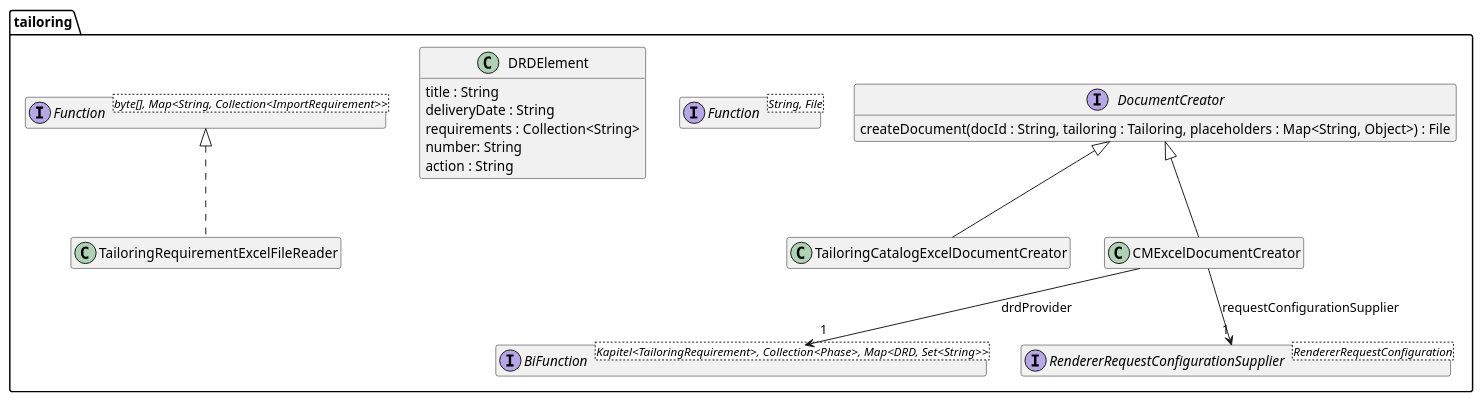
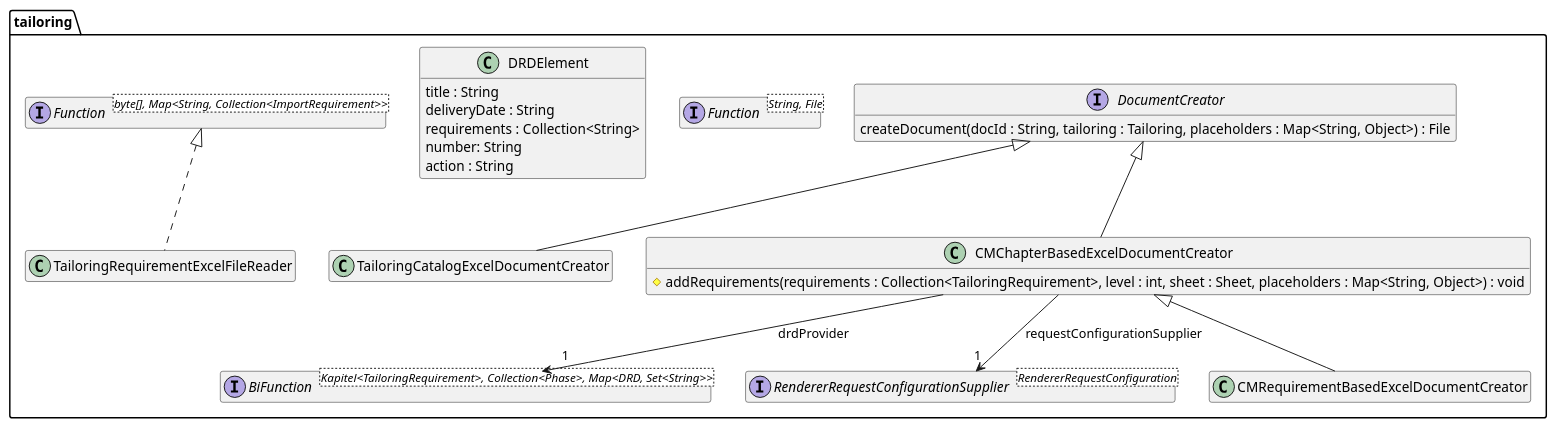
The diagram in src/site/arc42/plantuml/poi/tailoring/Ebene3.plantuml (tailoringexpert/platform), drawn with PlantUML before and after one commit. The commit also changed 2 other files, not shown here.

Commit message:
implement spreadsheet requirement cm creation

```diff
--- a/src/site/arc42/plantuml/poi/tailoring/Ebene3.plantuml
+++ b/src/site/arc42/plantuml/poi/tailoring/Ebene3.plantuml
@@ -1,44 +1,52 @@
 @startuml Ebene3.png
 hide empty members
 
 package tailoring {
 
     interface DocumentCreator {
         createDocument(docId : String, tailoring : Tailoring, placeholders : Map<String, Object>) : File
     }
 
     interface "BiFunction<Kapitel<TailoringRequirement>, Collection<Phase>, Map<DRD, Set<String>>>" as drdSupplier {
     }
 
     interface "Function<String, File>" as templateSupplier {
     }
 
     interface "RendererRequestConfigurationSupplier<RendererRequestConfiguration>" as RendererRequestConfigurationSupplier {
     }
 
     class TailoringCatalogExcelDocumentCreator {
     }
     DocumentCreator <|-- TailoringCatalogExcelDocumentCreator
 
-    class CMExcelDocumentCreator {
+    class CMChapterBasedExcelDocumentCreator {
+        #addRequirements(requirements : Collection<TailoringRequirement>, level : int, sheet : Sheet, placeholders : Map<String, Object>) : void
     }
-    DocumentCreator <|-- CMExcelDocumentCreator
-    CMExcelDocumentCreator --> "1" RendererRequestConfigurationSupplier : requestConfigurationSupplier
-    CMExcelDocumentCreator --> "1" drdSupplier : drdProvider
+    DocumentCreator <|-- CMChapterBasedExcelDocumentCreator
+    CMChapterBasedExcelDocumentCreator --> "1" RendererRequestConfigurationSupplier : requestConfigurationSupplier
+    CMChapterBasedExcelDocumentCreator --> "1" drdSupplier : drdProvider
+
+    class CMRequirementBasedExcelDocumentCreator {
+    }
+    CMChapterBasedExcelDocumentCreator <|-- CMRequirementBasedExcelDocumentCreator
 
     class DRDElement {
         title : String
         deliveryDate : String
         requirements : Collection<String>
         number: String
         action : String
+    }
+
+    class CMRequirementBasedExcelDocumentCreator {
     }
 
     interface "Function<byte[], Map<String, Collection<ImportRequirement>>>" as requirementFunction {
     }
 
     class TailoringRequirementExcelFileReader {
     }
     requirementFunction <|.. TailoringRequirementExcelFileReader
 }
 @enduml
```
